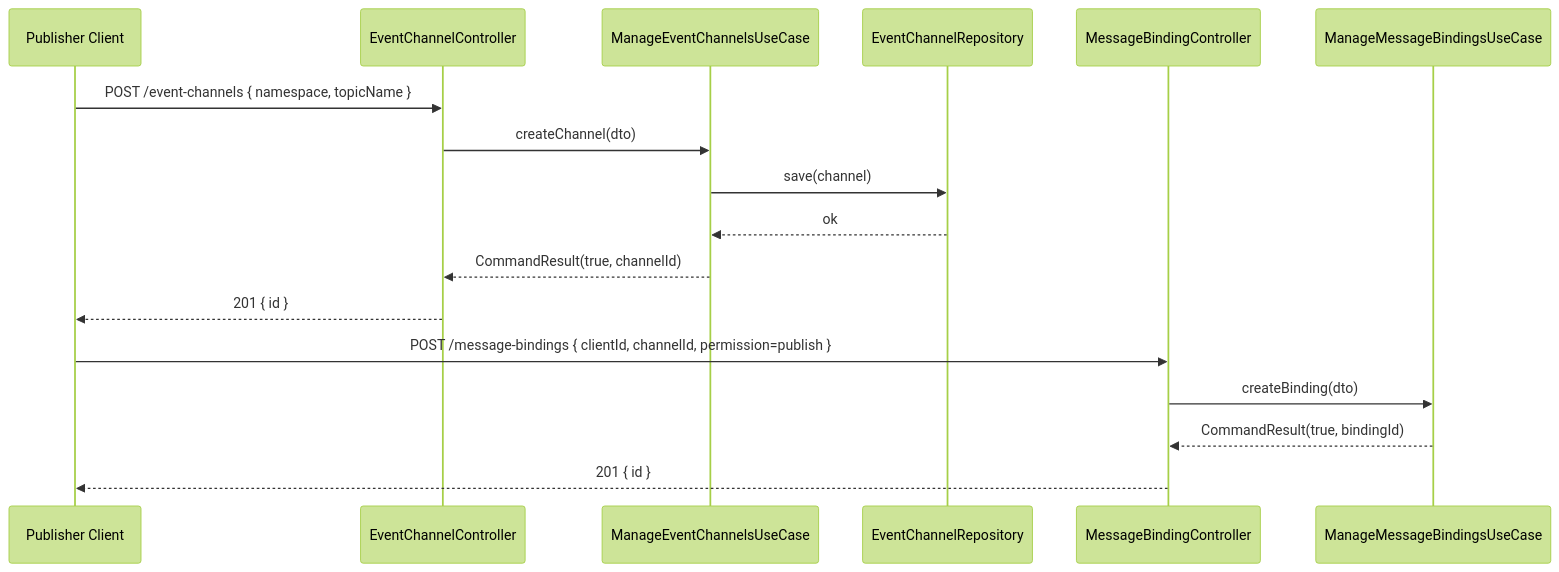
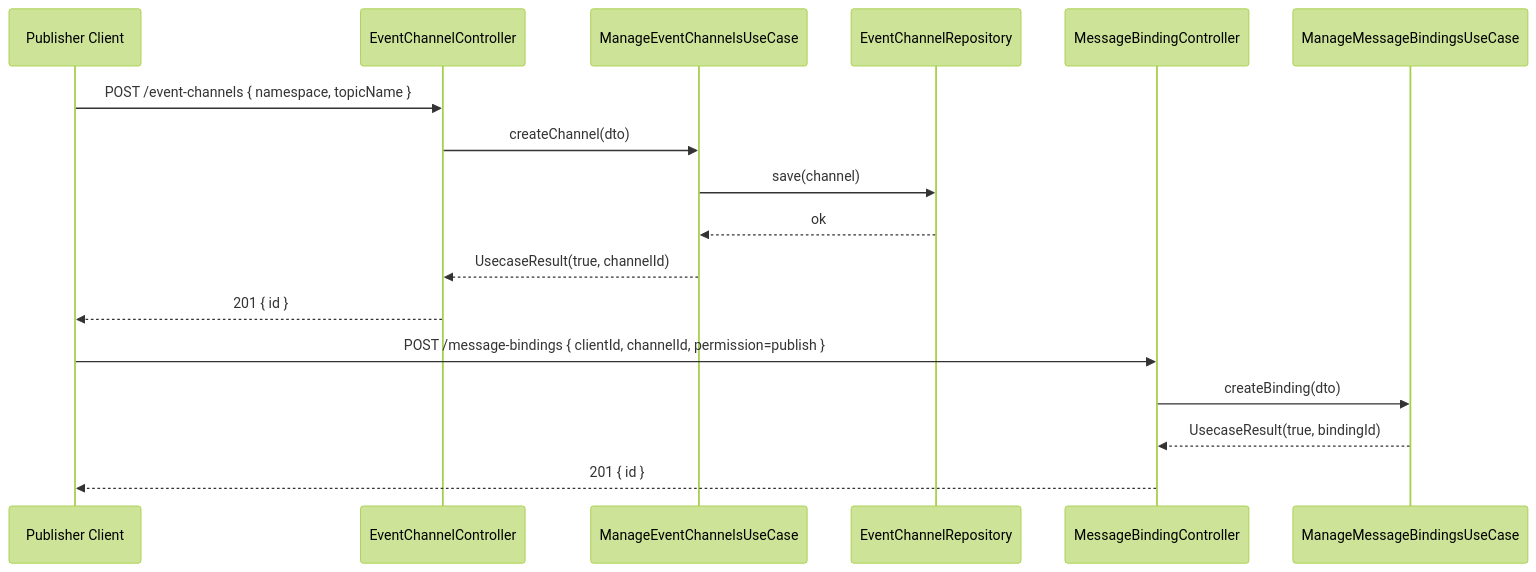
Before and after one commit to UIMSolutions/uim-platform: the sixth of 6 diagrams in events/UML.md, drawn with Mermaid (forest theme). The commit also changed other lines of this file and 907 other files, not shown here.

Commit message:
Rename CommandResult

````diff
--- a/events/UML.md
+++ b/events/UML.md
@@ -310,21 +310,21 @@
 ```mermaid
 sequenceDiagram
     participant P as Publisher Client
     participant EC as EventChannelController
     participant ECUC as ManageEventChannelsUseCase
     participant ECR as EventChannelRepository
     participant MBC as MessageBindingController
     participant MBUC as ManageMessageBindingsUseCase
 
     P->>EC: POST /event-channels { namespace, topicName }
     EC->>ECUC: createChannel(dto)
     ECUC->>ECR: save(channel)
     ECR-->>ECUC: ok
-    ECUC-->>EC: CommandResult(true, channelId)
+    ECUC-->>EC: UsecaseResult(true, channelId)
     EC-->>P: 201 { id }
 
     P->>MBC: POST /message-bindings { clientId, channelId, permission=publish }
     MBC->>MBUC: createBinding(dto)
-    MBUC-->>MBC: CommandResult(true, bindingId)
+    MBUC-->>MBC: UsecaseResult(true, bindingId)
     MBC-->>P: 201 { id }
 ```
````
